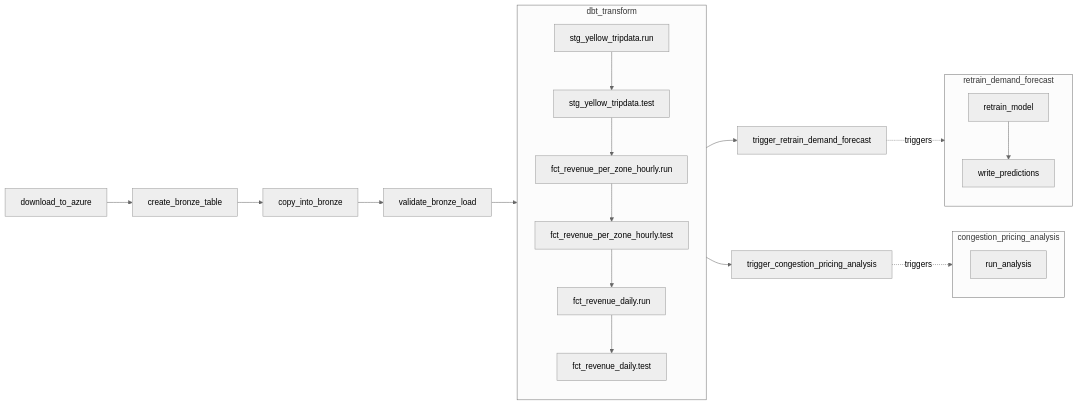
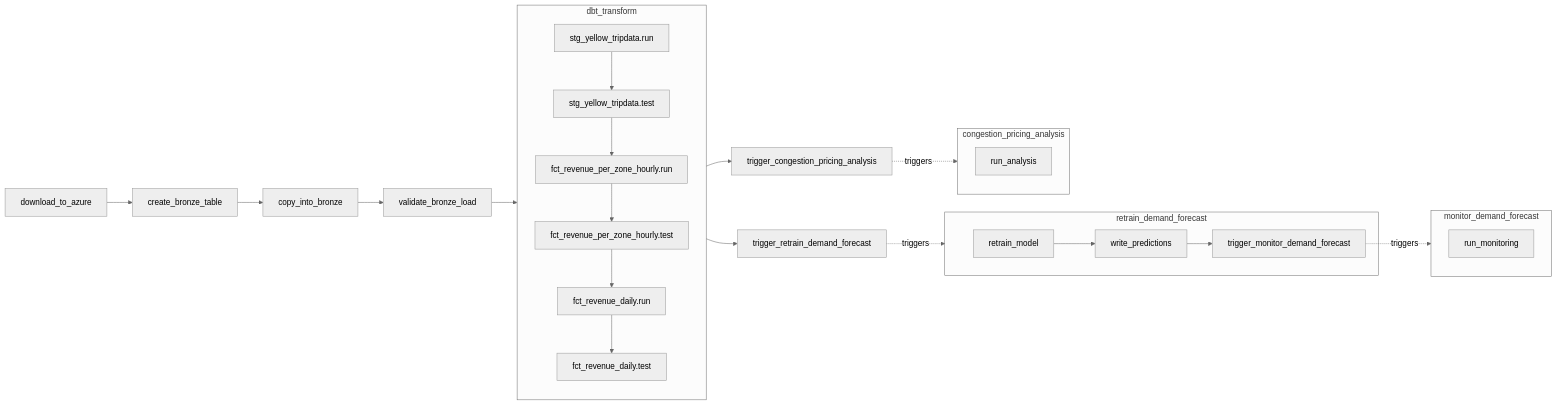
Before and after one commit to rushikeshdhumal/nyc-tlc-analytics: the diagram in README.md, drawn with Mermaid (neutral theme). The commit also changed other lines of this file and 1 other file, not shown here.

````diff
--- a/README.md
+++ b/README.md
@@ -66,29 +62,35 @@
 ```mermaid
 flowchart LR
     A[download_to_azure] --> B[create_bronze_table]
     B --> C[copy_into_bronze]
     C --> D[validate_bronze_load]
     D --> dbt
 
     subgraph dbt[dbt_transform]
         F[stg_yellow_tripdata.run] --> F2[stg_yellow_tripdata.test]
         F2 --> G[fct_revenue_per_zone_hourly.run]
         G --> G2[fct_revenue_per_zone_hourly.test]
         G2 --> H[fct_revenue_daily.run]
         H --> H2[fct_revenue_daily.test]
     end
 
     dbt --> T[trigger_retrain_demand_forecast]
     dbt --> TC[trigger_congestion_pricing_analysis]
 
     subgraph retrain[retrain_demand_forecast]
         R1[retrain_model] --> R2[write_predictions]
+        R2 --> R3[trigger_monitor_demand_forecast]
     end
 
     subgraph congestion[congestion_pricing_analysis]
         C1[run_analysis]
     end
 
+    subgraph monitoring[monitor_demand_forecast]
+        M1[run_monitoring]
+    end
+
     T  -.->|triggers| retrain
     TC -.->|triggers| congestion
+    R3 -.->|triggers| monitoring
 ```
````
